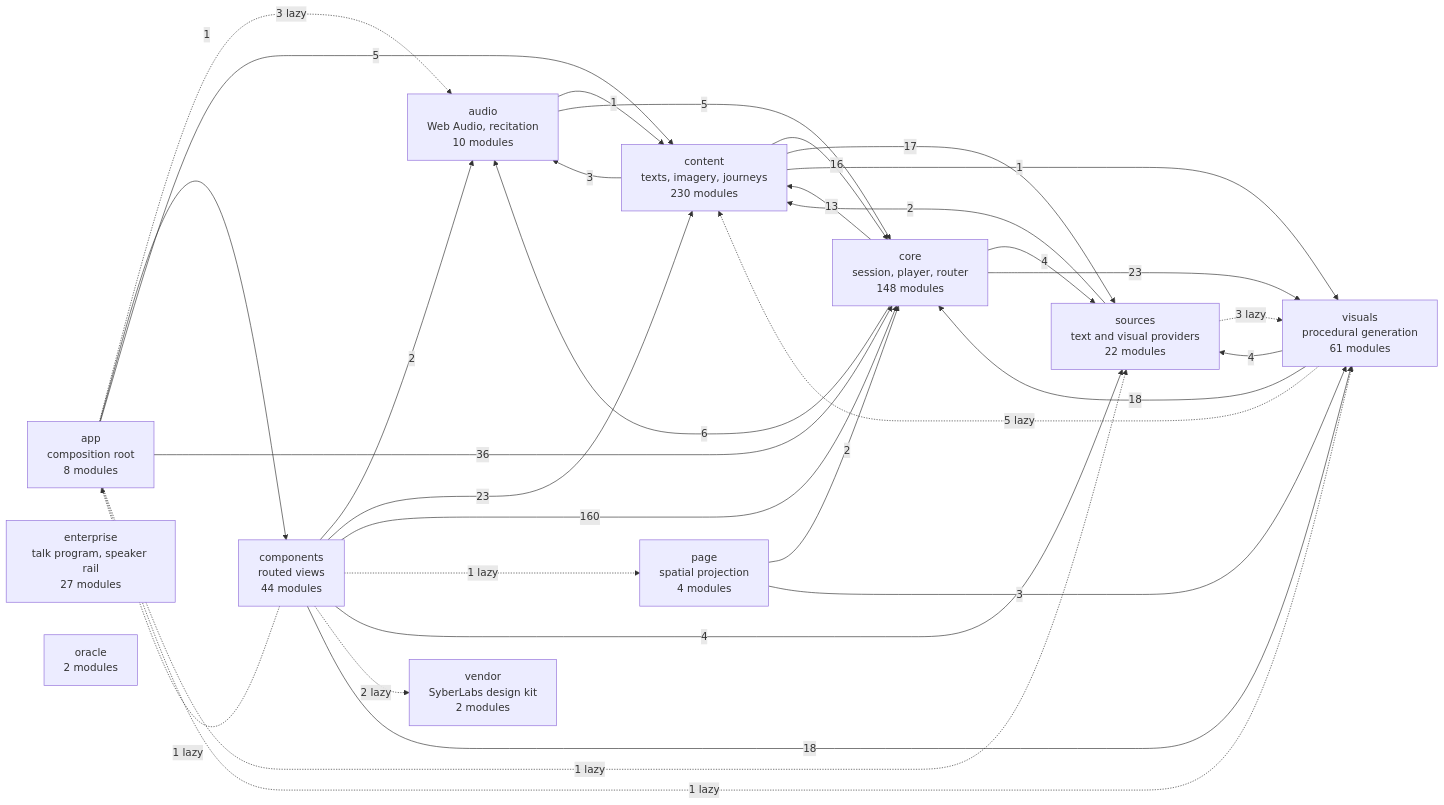
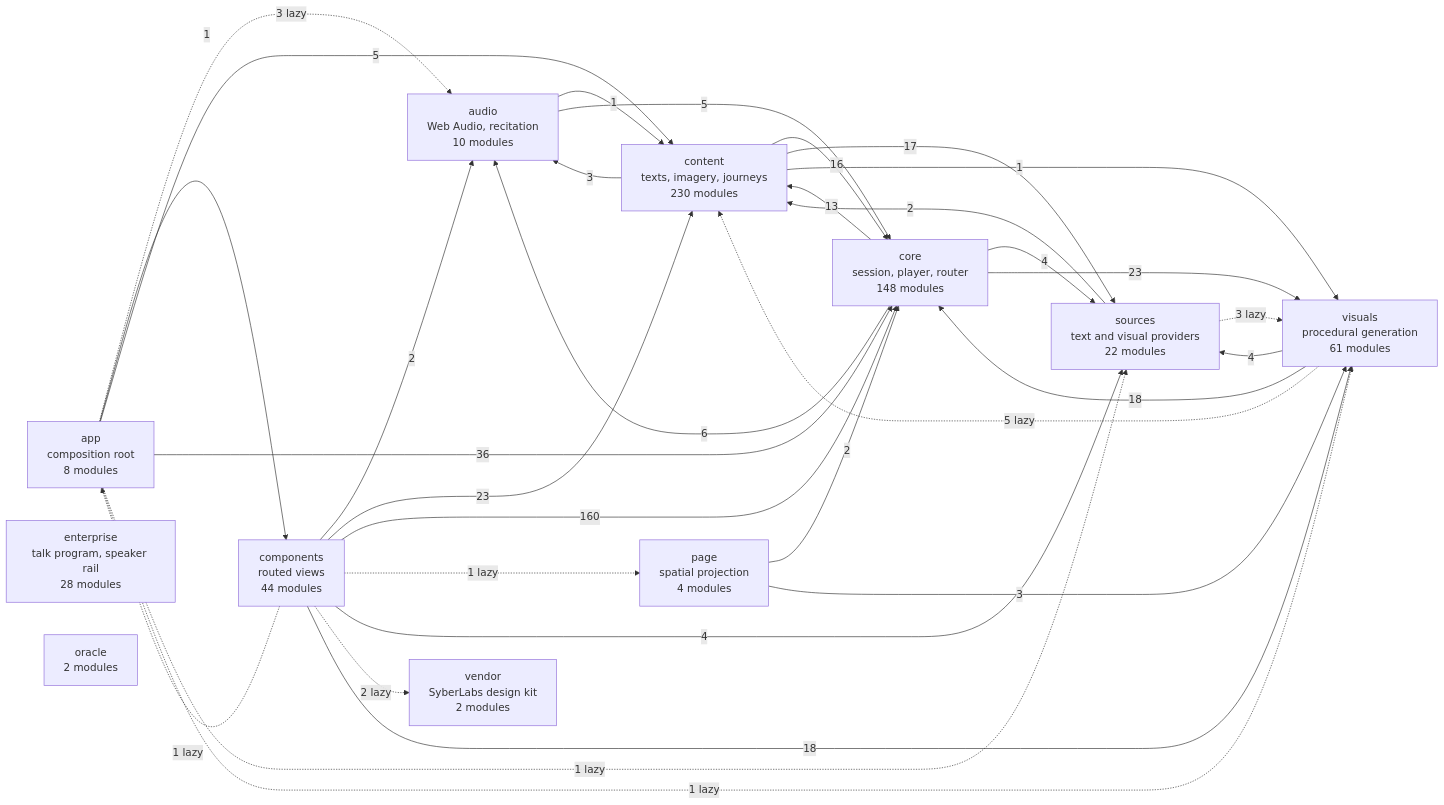
The diagram in docs/specs/ARCHITECTURE.md (SyberLabs/RISE), drawn with Mermaid before and after one commit.

Commit message:
Count kev-store in the generated architecture diagram

````diff
--- a/docs/specs/ARCHITECTURE.md
+++ b/docs/specs/ARCHITECTURE.md
@@ -160,46 +160,46 @@
 ```mermaid
 flowchart LR
     app["app<br/>composition root<br/>8 modules"]
     audio["audio<br/>Web Audio, recitation<br/>10 modules"]
     components["components<br/>routed views<br/>44 modules"]
     content["content<br/>texts, imagery, journeys<br/>230 modules"]
     core["core<br/>session, player, router<br/>148 modules"]
-    enterprise["enterprise<br/>talk program, speaker rail<br/>27 modules"]
+    enterprise["enterprise<br/>talk program, speaker rail<br/>28 modules"]
     oracle["oracle<br/>2 modules"]
     page["page<br/>spatial projection<br/>4 modules"]
     sources["sources<br/>text and visual providers<br/>22 modules"]
     vendor["vendor<br/>SyberLabs design kit<br/>2 modules"]
     visuals["visuals<br/>procedural generation<br/>61 modules"]
 
     app -.-> |3 lazy| audio
     app --> |1| components
     app --> |5| content
     app --> |36| core
     app -.-> |1 lazy| sources
     app -.-> |1 lazy| visuals
     audio --> |1| content
     audio --> |5| core
     components -.-> |1 lazy| app
     components --> |2| audio
     components --> |23| content
     components --> |160| core
     components -.-> |1 lazy| page
     components --> |4| sources
     components -.-> |2 lazy| vendor
     components --> |18| visuals
     content --> |3| audio
     content --> |16| core
     content --> |17| sources
     content --> |1| visuals
     core --> |6| audio
     core --> |13| content
     core --> |4| sources
     core --> |23| visuals
     page --> |2| core
     page --> |3| visuals
     sources --> |2| content
     sources -.-> |3 lazy| visuals
     visuals -.-> |5 lazy| content
     visuals --> |18| core
     visuals --> |4| sources
 ```
````
